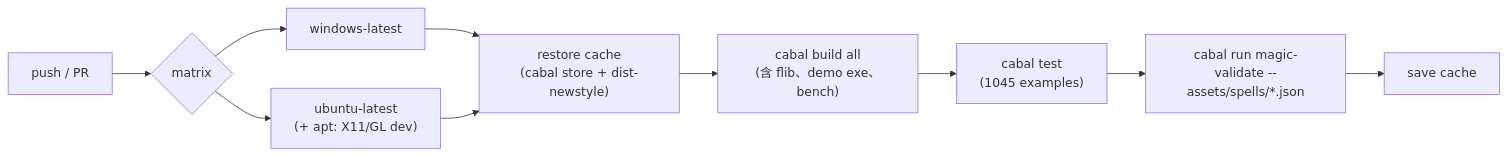
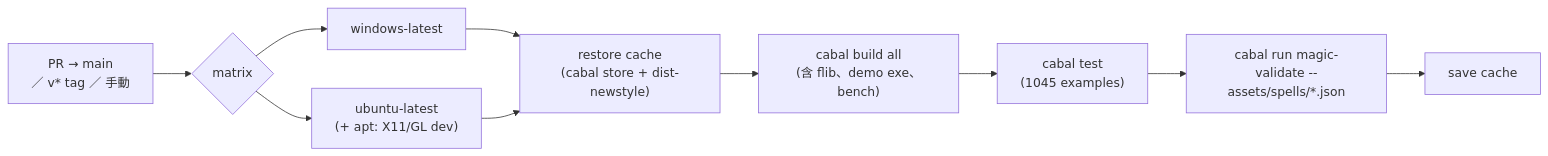
One commit to utomore/particle-magic-system changed the diagram in docs/spec/func-0019-engineering-ci-release.md. Above: the diagram before and after it, drawn with Mermaid. The commit also changed other lines of this file and 10 other files, not shown here.

````diff
--- a/docs/spec/func-0019-engineering-ci-release.md
+++ b/docs/spec/func-0019-engineering-ci-release.md
@@ -127,12 +127,12 @@
 ```mermaid
 flowchart LR
-  Push["push / PR"] --> M{"matrix"}
+  Push["PR → main<br/>／ v* tag ／ 手動"] --> M{"matrix"}
   M --> W["windows-latest"]
   M --> L["ubuntu-latest<br/>(+ apt: X11/GL dev)"]
   W --> C1["restore cache<br/>(cabal store + dist-newstyle)"]
   L --> C1
   C1 --> B["cabal build all<br/>(含 flib、demo exe、bench)"]
   B --> T["cabal test<br/>(1045 examples)"]
   T --> V["cabal run magic-validate --<br/>assets/spells/*.json"]
   V --> S["save cache"]
 ```
````
